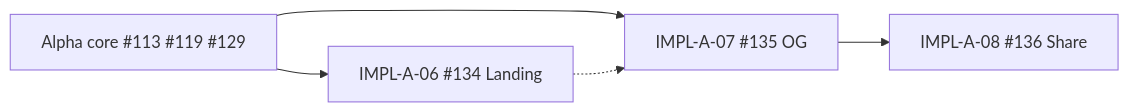
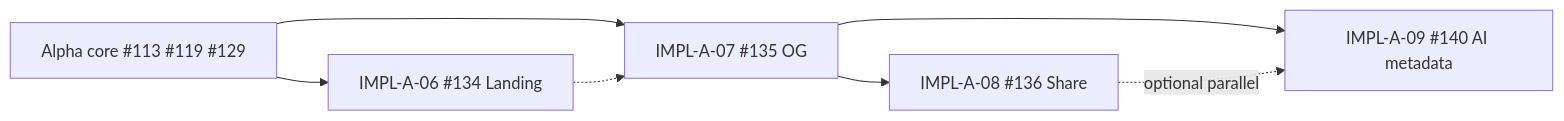
Before and after one commit to gnosis-box/THP-for-Good: the diagram in spec/landing-marketing-ux.md, drawn with Mermaid. The commit also changed other lines of this file and 4 other files, not shown here.

````diff
--- a/spec/landing-marketing-ux.md
+++ b/spec/landing-marketing-ux.md
@@ -51,12 +64,15 @@
 ```mermaid
 flowchart LR
   core["Alpha core #113 #119 #129"]
   a06["IMPL-A-06 #134 Landing"]
   a07["IMPL-A-07 #135 OG"]
   a08["IMPL-A-08 #136 Share"]
+  a09["IMPL-A-09 #140 AI metadata"]
 
   core --> a06
   core --> a07
   a06 -.-> a07
   a07 --> a08
+  a07 --> a09
+  a08 -. optional parallel .-> a09
 ```
````
